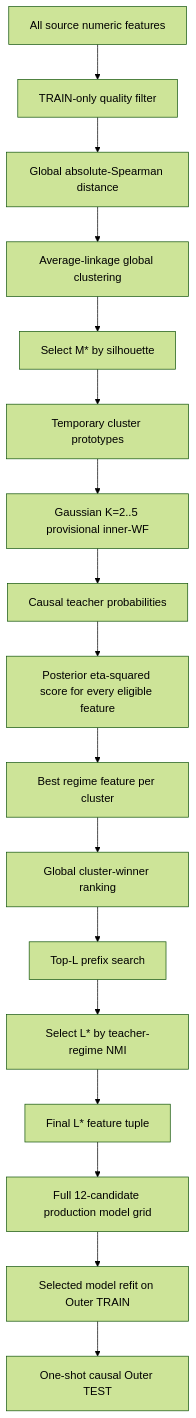
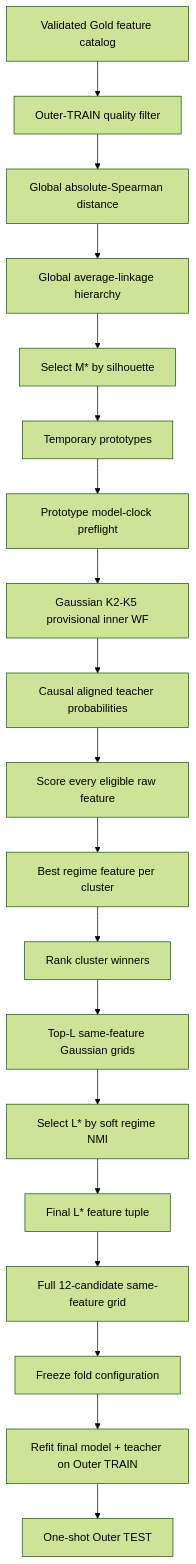
One commit to SergejSchweizer/regime-engine changed the first of 2 diagrams in BACKLOG.md. Above: the diagram before and after it, drawn with Mermaid (forest theme). The commit also changed other lines of this file, not shown here.

````diff
--- a/BACKLOG.md
+++ b/BACKLOG.md
@@ -27,19 +29,21 @@
 ```mermaid
 flowchart TD
-    A[All source numeric features] --> B[TRAIN-only quality filter]
+    A[Validated Gold feature catalog] --> B[Outer-TRAIN quality filter]
     B --> C[Global absolute-Spearman distance]
-    C --> D[Average-linkage global clustering]
+    C --> D[Global average-linkage hierarchy]
     D --> E[Select M* by silhouette]
-    E --> F[Temporary cluster prototypes]
-    F --> G[Gaussian K=2..5 provisional inner-WF]
-    G --> H[Causal teacher probabilities]
-    H --> I[Posterior eta-squared score for every eligible feature]
-    I --> J[Best regime feature per cluster]
-    J --> K[Global cluster-winner ranking]
-    K --> L[Top-L prefix search]
-    L --> M[Select L* by teacher-regime NMI]
-    M --> N[Final L* feature tuple]
-    N --> O[Full 12-candidate production model grid]
-    O --> P[Selected model refit on Outer TRAIN]
-    P --> Q[One-shot causal Outer TEST]
+    E --> F[Temporary prototypes]
+    F --> G[Prototype model-clock preflight]
+    G --> H[Gaussian K2-K5 provisional inner WF]
+    H --> I[Causal aligned teacher probabilities]
+    I --> J[Score every eligible raw feature]
+    J --> K[Best regime feature per cluster]
+    K --> L[Rank cluster winners]
+    L --> M[Top-L same-feature Gaussian grids]
+    M --> N[Select L* by soft regime NMI]
+    N --> O[Final L* feature tuple]
+    O --> P[Full 12-candidate same-feature grid]
+    P --> Q[Freeze fold configuration]
+    Q --> R[Refit final model + teacher on Outer TRAIN]
+    R --> S[One-shot Outer TEST]
 ```
````
